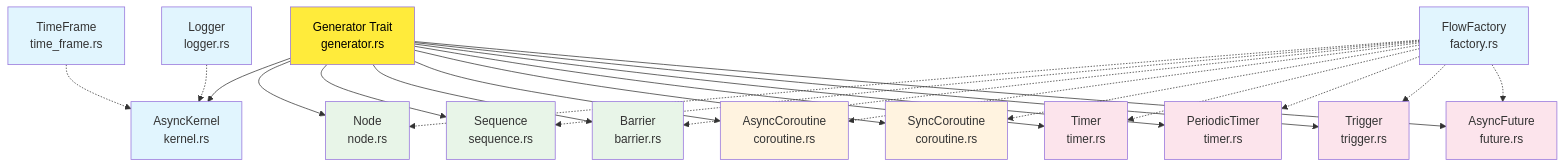
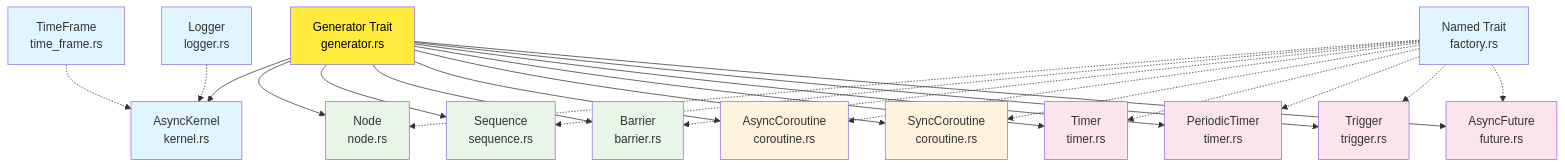
Before and after one commit to cschladetsch/RustAsyncFlow: the second of 4 diagrams in src/README.md, drawn with Mermaid. The commit also changed other lines of this file and 92 other files, not shown here.

First line of the commit message:
Remove FlowFactory and implement fluent Named trait API

````diff
--- a/src/README.md
+++ b/src/README.md
@@ -73,41 +73,41 @@
 ```mermaid
 graph TB
     Generator[Generator Trait<br/>generator.rs]
     
     Generator --> AsyncKernel[AsyncKernel<br/>kernel.rs]
     Generator --> Node[Node<br/>node.rs]
     Generator --> Sequence[Sequence<br/>sequence.rs]
     Generator --> Barrier[Barrier<br/>barrier.rs]
     Generator --> AsyncCoroutine[AsyncCoroutine<br/>coroutine.rs]
     Generator --> SyncCoroutine[SyncCoroutine<br/>coroutine.rs]
     Generator --> Timer[Timer<br/>timer.rs]
     Generator --> PeriodicTimer[PeriodicTimer<br/>timer.rs]
     Generator --> Trigger[Trigger<br/>trigger.rs]
     Generator --> AsyncFuture[AsyncFuture<br/>future.rs]
     
-    FlowFactory[FlowFactory<br/>factory.rs] -.-> Node
-    FlowFactory -.-> Sequence
-    FlowFactory -.-> Barrier
-    FlowFactory -.-> AsyncCoroutine
-    FlowFactory -.-> SyncCoroutine
-    FlowFactory -.-> Timer
-    FlowFactory -.-> PeriodicTimer
-    FlowFactory -.-> Trigger
-    FlowFactory -.-> AsyncFuture
+    Named[Named Trait<br/>factory.rs] -.-> Node
+    Named -.-> Sequence
+    Named -.-> Barrier
+    Named -.-> AsyncCoroutine
+    Named -.-> SyncCoroutine
+    Named -.-> Timer
+    Named -.-> PeriodicTimer
+    Named -.-> Trigger
+    Named -.-> AsyncFuture
     
     TimeFrame[TimeFrame<br/>time_frame.rs] -.-> AsyncKernel
     Logger[Logger<br/>logger.rs] -.-> AsyncKernel
     
     classDef trait fill:#ffeb3b,color:#000
     classDef core fill:#e1f5fe
     classDef container fill:#e8f5e8
     classDef execution fill:#fff3e0
     classDef timing fill:#fce4ec
     classDef utility fill:#f5f5f5
     
     class Generator trait
-    class AsyncKernel,FlowFactory,TimeFrame,Logger core
+    class AsyncKernel,Named,TimeFrame,Logger core
     class Node,Sequence,Barrier container
     class AsyncCoroutine,SyncCoroutine execution
     class Timer,PeriodicTimer,Trigger,AsyncFuture timing
 ```
````
